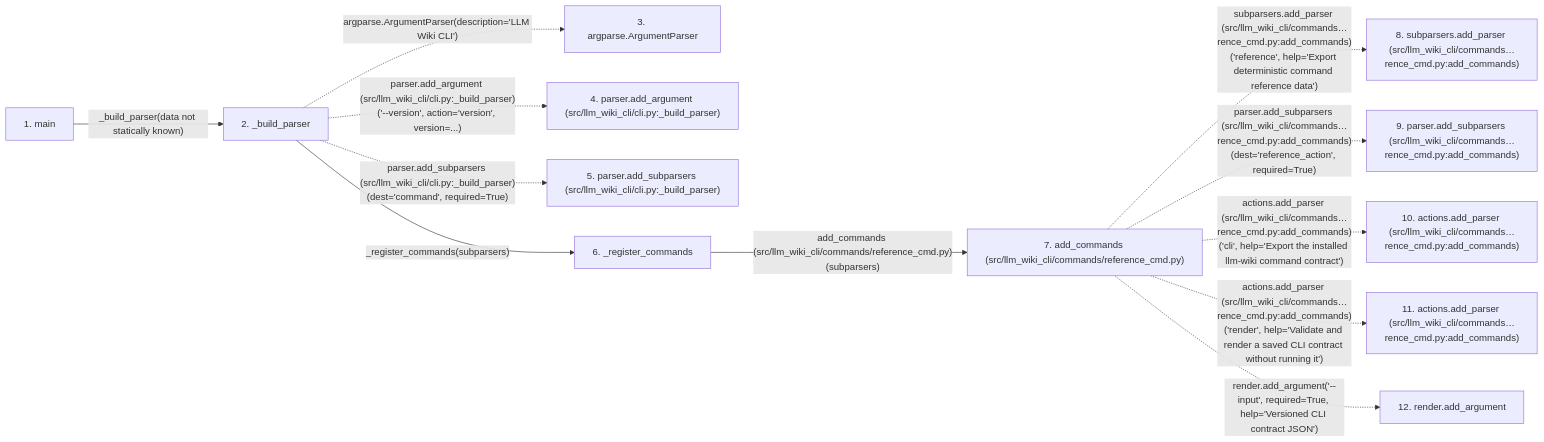
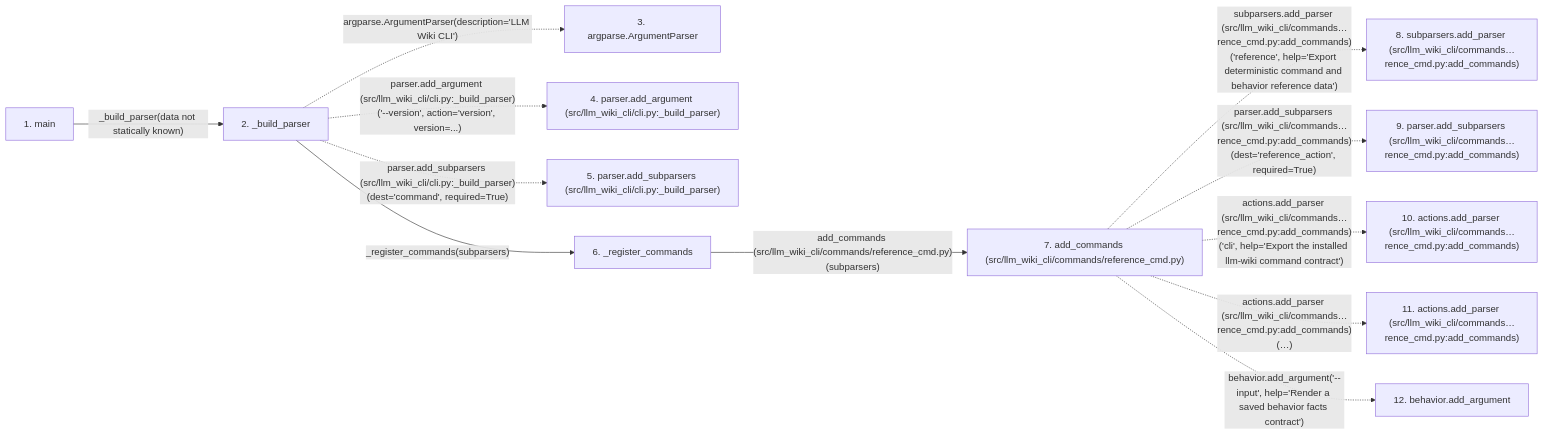
One commit to Denissvgn/python-wiki-llm changed the second of 2 diagrams in docs/llm_wiki/flows/process-cli.md. Above: the diagram before and after it, drawn with Mermaid. The commit also changed other lines of this file and 303 other files, not shown here.

Commit message:
feat: expose installed behavior facts for sibling wiki review

````diff
--- a/docs/llm_wiki/flows/process-cli.md
+++ b/docs/llm_wiki/flows/process-cli.md
@@ -157,30 +157,30 @@
 ```mermaid
 flowchart LR
     s1["1. main"]
     s2["2. _build_parser"]
     s3["3. argparse.ArgumentParser"]
     s4["4. parser.add_argument (src/llm_wiki_cli/cli.py:_build_parser)"]
     s5["5. parser.add_subparsers (src/llm_wiki_cli/cli.py:_build_parser)"]
     s6["6. _register_commands"]
     s7["7. add_commands (src/llm_wiki_cli/commands/reference_cmd.py)"]
     s8["8. subparsers.add_parser (src/llm_wiki_cli/commands…rence_cmd.py:add_commands)"]
     s9["9. parser.add_subparsers (src/llm_wiki_cli/commands…rence_cmd.py:add_commands)"]
     s10["10. actions.add_parser (src/llm_wiki_cli/commands…rence_cmd.py:add_commands)"]
     s11["11. actions.add_parser (src/llm_wiki_cli/commands…rence_cmd.py:add_commands)"]
-    s12["12. render.add_argument"]
+    s12["12. behavior.add_argument"]
     s1 -->|"_build_parser(data not statically known)"| s2
     s2 -. "argparse.ArgumentParser(description='LLM Wiki CLI')" .-> s3
     s2 -. "parser.add_argument (src/llm_wiki_cli/cli.py:_build_parser)('--version', action='version', version=...)" .-> s4
     s2 -. "parser.add_subparsers (src/llm_wiki_cli/cli.py:_build_parser)(dest='command', required=True)" .-> s5
     s2 -->|"_register_commands(subparsers)"| s6
     s6 -->|"add_commands (src/llm_wiki_cli/commands/reference_cmd.py)(subparsers)"| s7
-    s7 -. "subparsers.add_parser (src/llm_wiki_cli/commands…rence_cmd.py:add_commands)('reference', help='Export deterministic command reference data')" .-> s8
+    s7 -. "subparsers.add_parser (src/llm_wiki_cli/commands…rence_cmd.py:add_commands)('reference', help='Export deterministic command and behavior reference data')" .-> s8
     s7 -. "parser.add_subparsers (src/llm_wiki_cli/commands…rence_cmd.py:add_commands)(dest='reference_action', required=True)" .-> s9
     s7 -. "actions.add_parser (src/llm_wiki_cli/commands…rence_cmd.py:add_commands)('cli', help='Export the installed llm-wiki command contract')" .-> s10
-    s7 -. "actions.add_parser (src/llm_wiki_cli/commands…rence_cmd.py:add_commands)('render', help='Validate and render a saved CLI contract without running it')" .-> s11
-    s7 -. "render.add_argument('--input', required=True, help='Versioned CLI contract JSON')" .-> s12
+    s7 -. "actions.add_parser (src/llm_wiki_cli/commands…rence_cmd.py:add_commands)(…)" .-> s11
+    s7 -. "behavior.add_argument('--input', help='Render a saved behavior facts contract')" .-> s12
     click s1 "../modules/cli.md"
     click s2 "../modules/cli.md"
     click s6 "../modules/cli.md"
     click s7 "../modules/reference_cmd.md"
 ```
````
